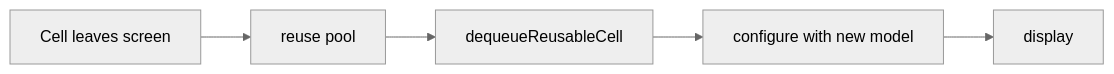
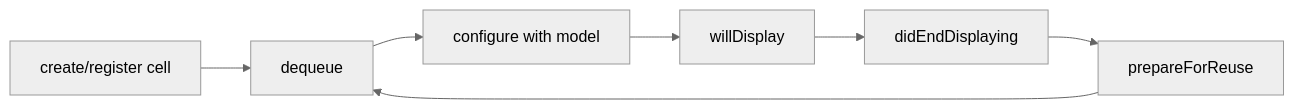
The third of 7 diagrams in _posts/2026-06-15-ios-uikit.md (YawZhang/blob), drawn with Mermaid (neutral theme) before and after one commit. The commit also changed other lines of this file, not shown here.

````diff
--- a/_posts/2026-06-15-ios-uikit.md
+++ b/_posts/2026-06-15-ios-uikit.md
@@ -609,7 +785,9 @@
 ```mermaid
 flowchart LR
-    A["Cell leaves screen"] --> B["reuse pool"]
-    B --> C["dequeueReusableCell"]
-    C --> D["configure with new model"]
-    D --> E["display"]
+    A["create/register cell"] --> B["dequeue"]
+    B --> C["configure with model"]
+    C --> D["willDisplay"]
+    D --> E["didEndDisplaying"]
+    E --> F["prepareForReuse"]
+    F --> B
 ```
````
